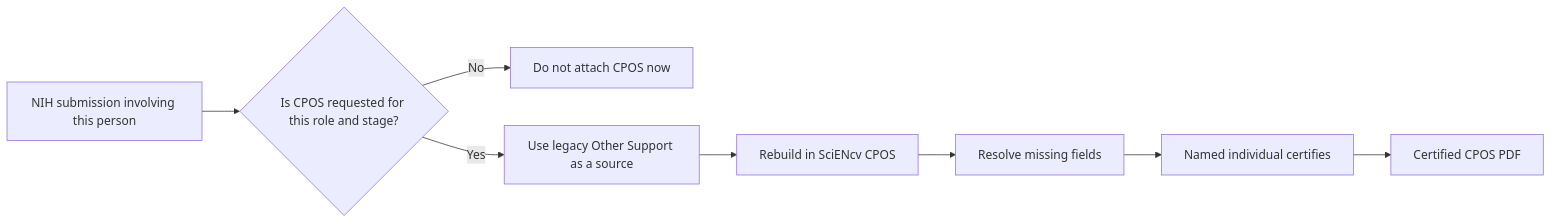
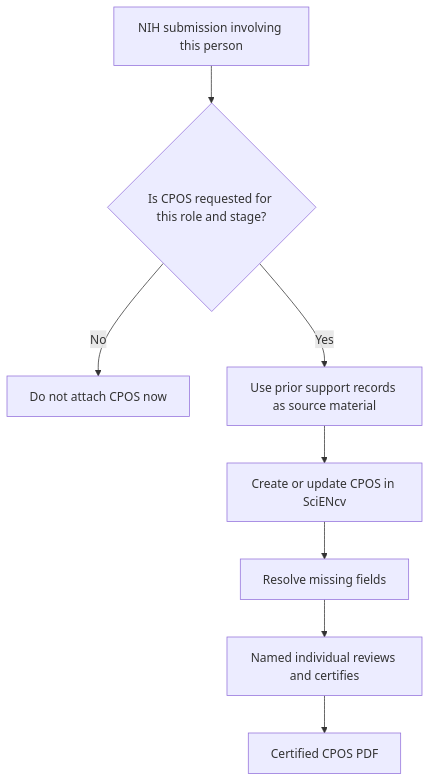
Before and after one commit to FritscheLab/nih-sciencv-playbook: the diagram in docs/other-support/transition.md, drawn with Mermaid. The commit also changed other lines of this file and 60 other files, not shown here.

Commit message:
feat: refresh NIH guidance and harden CPOS XML validation

````diff
--- a/docs/other-support/transition.md
+++ b/docs/other-support/transition.md
@@ -14,12 +20,12 @@
 ```mermaid
-flowchart LR
-    accTitle: Legacy Other Support transition
-    accDescr: When NIH requests Other Support for a role and stage, application due dates and lifecycle submission dates determine whether the legacy format or SciENcv CPOS applies.
+flowchart TD
+    accTitle: Reusing prior support records for CPOS
+    accDescr: When NIH requests CPOS for a person and stage, prior records become source material for a current SciENcv form that the named individual reviews and certifies.
     A["NIH submission involving this person"] --> B{"Is CPOS requested for this role and stage?"}
     B -- "No" --> C["Do not attach CPOS now"]
-    B -- "Yes" --> D["Use legacy Other Support as a source"]
-    D --> E["Rebuild in SciENcv CPOS"]
+    B -- "Yes" --> D["Use prior support records as source material"]
+    D --> E["Create or update CPOS in SciENcv"]
     E --> F["Resolve missing fields"]
-    F --> G["Named individual certifies"]
+    F --> G["Named individual reviews and certifies"]
     G --> H["Certified CPOS PDF"]
 ```
````
